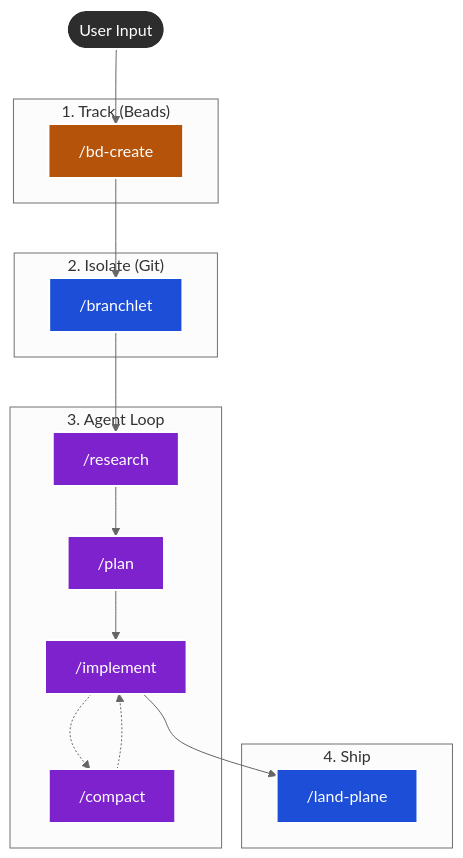
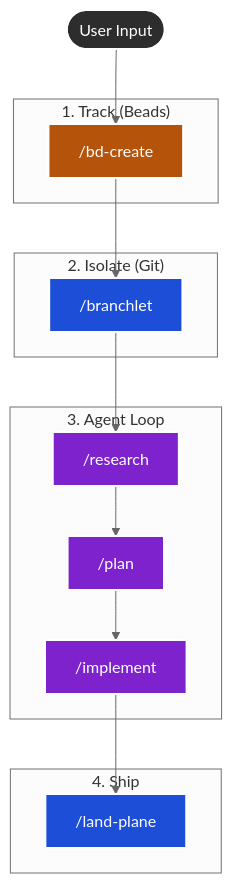
One commit to jveko/amp-maestro changed the diagram in README.md. Above: the diagram before and after it, drawn with Mermaid (neutral theme). The commit also changed other lines of this file and 5 other files, not shown here.

````diff
--- a/README.md
+++ b/README.md
@@ -11,33 +11,31 @@
 ```mermaid
 graph TD
     %% Styling for Dark Mode / High Contrast
     classDef default fill:#2d2d2d,stroke:#fff,stroke-width:2px,color:#fff;
     classDef bead fill:#b45309,stroke:#fff,stroke-width:2px,color:#fff; %% Orange/Brown
     classDef git fill:#1d4ed8,stroke:#fff,stroke-width:2px,color:#fff; %% Blue
     classDef amp fill:#7e22ce,stroke:#fff,stroke-width:2px,color:#fff; %% Purple
 
     New([User Input]) --> Create
     
     subgraph "1. Track (Beads)"
         Create["/bd-create"]:::bead
     end
 
     subgraph "2. Isolate (Git)"
         Worktree["/branchlet"]:::git
     end
 
     subgraph "3. Agent Loop"
         Research["/research"]:::amp --> Plan["/plan"]:::amp
         Plan --> Implement["/implement"]:::amp
-        Implement -.-> Compact["/compact"]:::amp
-        Compact -.-> Implement
     end
     
     subgraph "4. Ship"
         Land["/land-plane"]:::git
     end
 
     Create --> Worktree
     Worktree --> Research
     Implement --> Land
 ```
````
